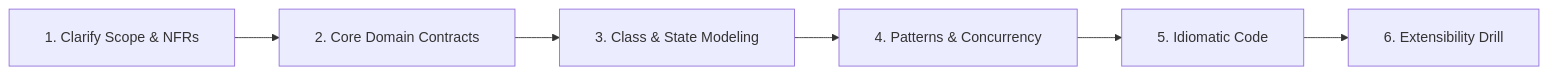
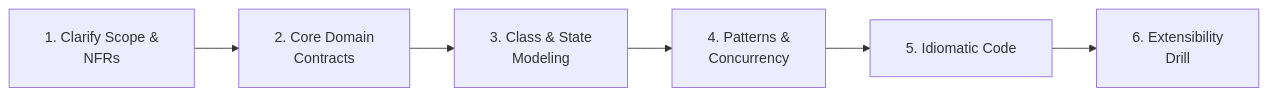
One commit to dip4k/DSA_102 changed the diagram in .agents/skills/lld-practice-coach/SKILL.md. Above: the diagram before and after it, drawn with Mermaid. The commit also changed 106 other files, not shown here.

First line of the commit message:
fix(mermaid): prevent text clipping with foreignObject overflow and tighter line wrapping

````diff
--- a/.agents/skills/lld-practice-coach/SKILL.md
+++ b/.agents/skills/lld-practice-coach/SKILL.md
@@ -19,9 +19,9 @@
 ```mermaid
-%%{init: {"flowchart": {"htmlLabels": true, "padding": 20}}}%%
+%%{init: {"flowchart": {"htmlLabels": true, "padding": 20}, "themeCSS": "foreignObject { overflow: visible !important; }"}}%%
 flowchart LR
-    P1["1. Clarify Scope & NFRs"] --> P2["2. Core Domain Contracts"]
-    P2 --> P3["3. Class & State Modeling"]
-    P3 --> P4["4. Patterns & Concurrency"]
+    P1["1. Clarify Scope &<br/>NFRs"] --> P2["2. Core Domain<br/>Contracts"]
+    P2 --> P3["3. Class & State<br/>Modeling"]
+    P3 --> P4["4. Patterns &<br/>Concurrency"]
     P4 --> P5["5. Idiomatic Code"]
-    P5 --> P6["6. Extensibility Drill"]
+    P5 --> P6["6. Extensibility<br/>Drill"]
 ```
````
